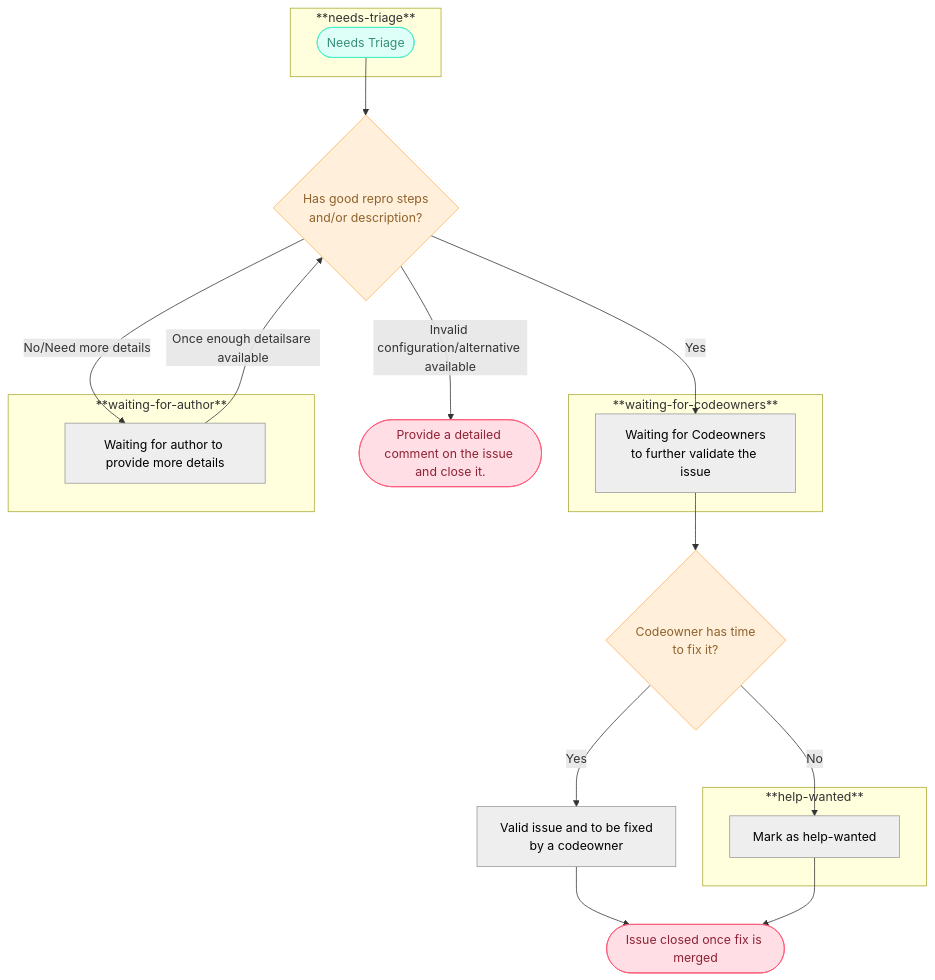
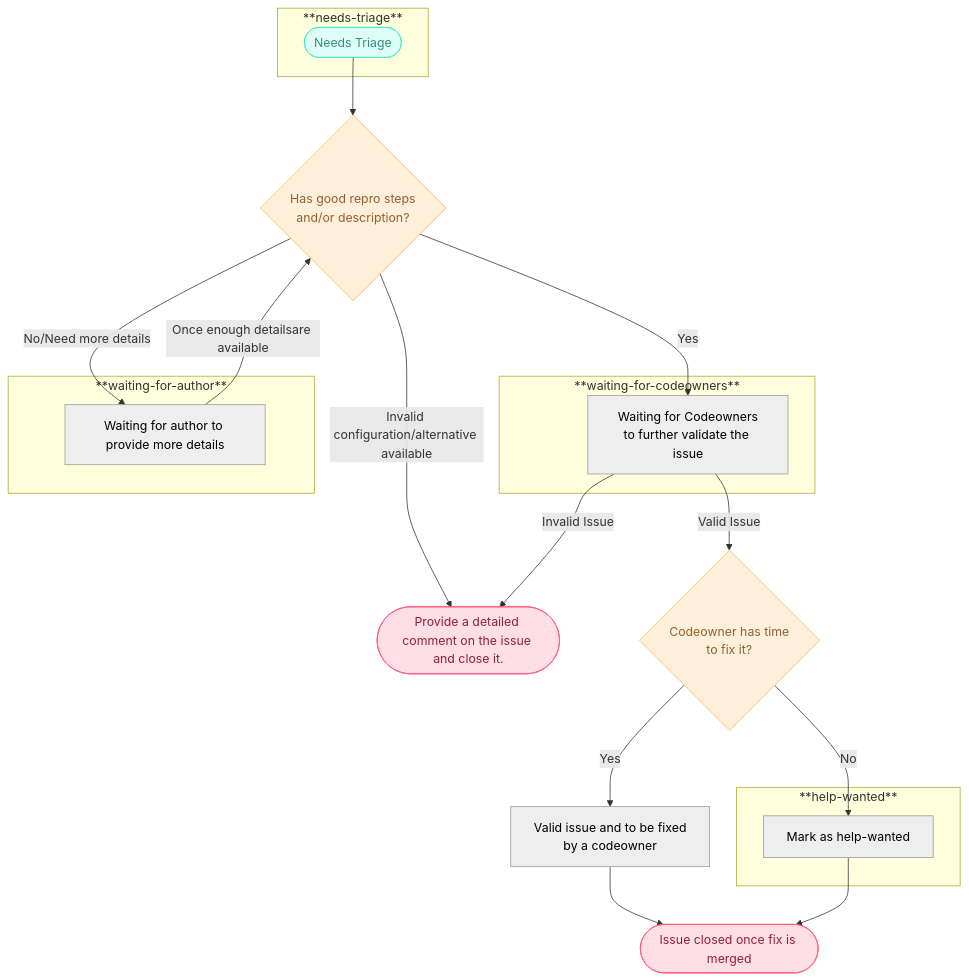
The diagram in issue-triaging.md (open-telemetry/opentelemetry-collector-contrib), drawn with Mermaid before and after one commit.

Commit message:
update diagram

````diff
--- a/issue-triaging.md
+++ b/issue-triaging.md
@@ -79,44 +79,45 @@
 ```mermaid
 flowchart TD
  subgraph graph1["**needs-triage**"]
         n1(["Needs Triage"])
   end
  subgraph graph2["**waiting-for-codeowners**"]
         n3["Waiting for Codeowners<br>to further validate the issue"]
   end
  subgraph graph3["**waiting-for-author**"]
         n4["Waiting for author to provide more details"]
   end
  subgraph graph4["**help-wanted**"]
         n8["Mark as help-wanted"]
   end
     n1 --> n2["Has good repro steps <br>and/or description?"]
     n2 -- Yes --> n3
     n2 -- No/Need more details --> n4
     n2 -- Invalid configuration/alternative available --> n5(["Provide a detailed comment on the issue and close it."])
-    n3 --> n6["Codeowner has time<br>to fix it?"]
+    n3 -- Invalid Issue --> n5
+    n3 -- Valid Issue -->  n6["Codeowner has time<br>to fix it?"]
     n6 -- Yes --> n7["Valid issue and to be fixed <br>by a codeowner"]
     n6 -- No --> n8
     n7 --> n9(["Issue closed once fix is merged"])
     n8 --> n9
     n4 -- Once enough detailsare available --> n2
 
     n3@{ shape: rect}
     n4@{ shape: rect}
     n2@{ shape: diam}
     n6@{ shape: diam}
      n1:::Aqua
      n3:::Ash
      n4:::Ash
      n8:::Ash
      n2:::Ash
      n2:::Peach
      n5:::Rose
      n6:::Peach
      n7:::Ash
      n9:::Rose
     classDef Rose stroke-width:1px, stroke-dasharray:none, stroke:#FF5978, fill:#FFDFE5, color:#8E2236
     classDef Aqua stroke-width:1px, stroke-dasharray:none, stroke:#46EDC8, fill:#DEFFF8, color:#378E7A
     classDef Peach stroke-width:1px, stroke-dasharray:none, stroke:#FBB35A, fill:#FFEFDB, color:#8F632D
     classDef Ash stroke-width:1px, stroke-dasharray:none, stroke:#999999, fill:#EEEEEE, color:#000000
 ```
````
